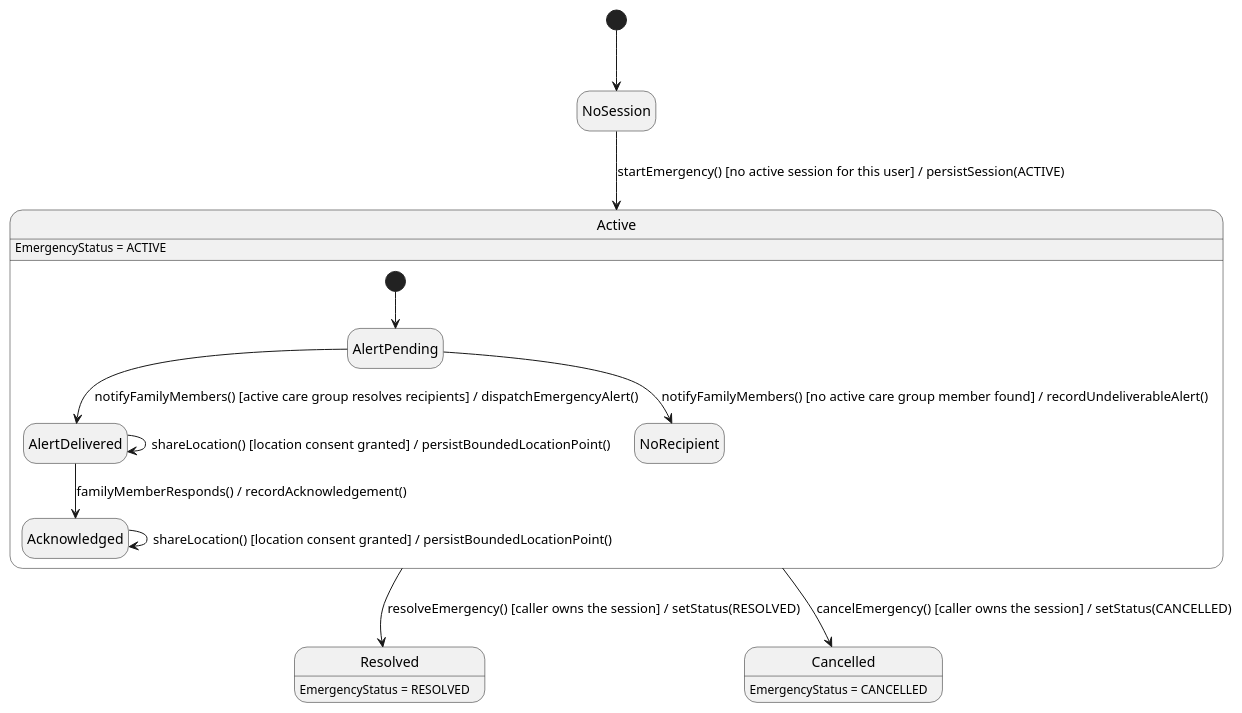
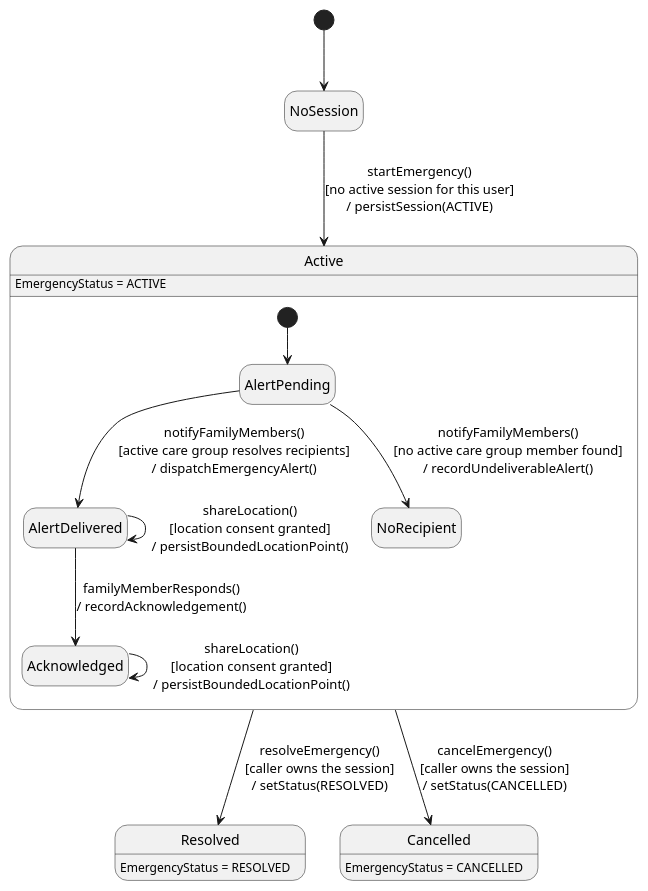
Before and after one commit to ChuongBDHE172784/CareBridge_SEP490_G79: the third of 3 diagrams in 03_Design/Detailed_Design/MF07_Emergency_Map_Nearby_Care_Support/02_Emergency_Session_Family_Alert_and_Response.md, drawn with PlantUML. The commit also changed 61 other files, not shown here.

Commit message:
docs: update detailed design documentation and state chart diagrams across all feature modules

````diff
--- a/03_Design/Detailed_Design/MF07_Emergency_Map_Nearby_Care_Support/02_Emergency_Session_Family_Alert_and_Response.md
+++ b/03_Design/Detailed_Design/MF07_Emergency_Map_Nearby_Care_Support/02_Emergency_Session_Family_Alert_and_Response.md
@@ -222,23 +222,23 @@
 ```plantuml
 @startuml StateChartDiagram_02EmergencySessionFamilyAlertandResponse
 hide empty description
 [*] --> NoSession
 
-NoSession --> Active : startEmergency() [no active session for this user] / persistSession(ACTIVE)
-Active --> Resolved : resolveEmergency() [caller owns the session] / setStatus(RESOLVED)
-Active --> Cancelled : cancelEmergency() [caller owns the session] / setStatus(CANCELLED)
+NoSession --> Active : startEmergency()\n[no active session for this user]\n/ persistSession(ACTIVE)
+Active --> Resolved : resolveEmergency()\n[caller owns the session]\n/ setStatus(RESOLVED)
+Active --> Cancelled : cancelEmergency()\n[caller owns the session]\n/ setStatus(CANCELLED)
 
 state Active {
   [*] --> AlertPending
-  AlertPending --> AlertDelivered : notifyFamilyMembers() [active care group resolves recipients] / dispatchEmergencyAlert()
-  AlertPending --> NoRecipient : notifyFamilyMembers() [no active care group member found] / recordUndeliverableAlert()
-  AlertDelivered --> Acknowledged : familyMemberResponds() / recordAcknowledgement()
-  AlertDelivered --> AlertDelivered : shareLocation() [location consent granted] / persistBoundedLocationPoint()
-  Acknowledged --> Acknowledged : shareLocation() [location consent granted] / persistBoundedLocationPoint()
+  AlertPending --> AlertDelivered : notifyFamilyMembers()\n[active care group resolves recipients]\n/ dispatchEmergencyAlert()
+  AlertPending --> NoRecipient : notifyFamilyMembers()\n[no active care group member found]\n/ recordUndeliverableAlert()
+  AlertDelivered --> Acknowledged : familyMemberResponds()\n/ recordAcknowledgement()
+  AlertDelivered --> AlertDelivered : shareLocation()\n[location consent granted]\n/ persistBoundedLocationPoint()
+  Acknowledged --> Acknowledged : shareLocation()\n[location consent granted]\n/ persistBoundedLocationPoint()
 }
 
 Active : EmergencyStatus = ACTIVE
 Resolved : EmergencyStatus = RESOLVED
 Cancelled : EmergencyStatus = CANCELLED
 @enduml
 ```
````
